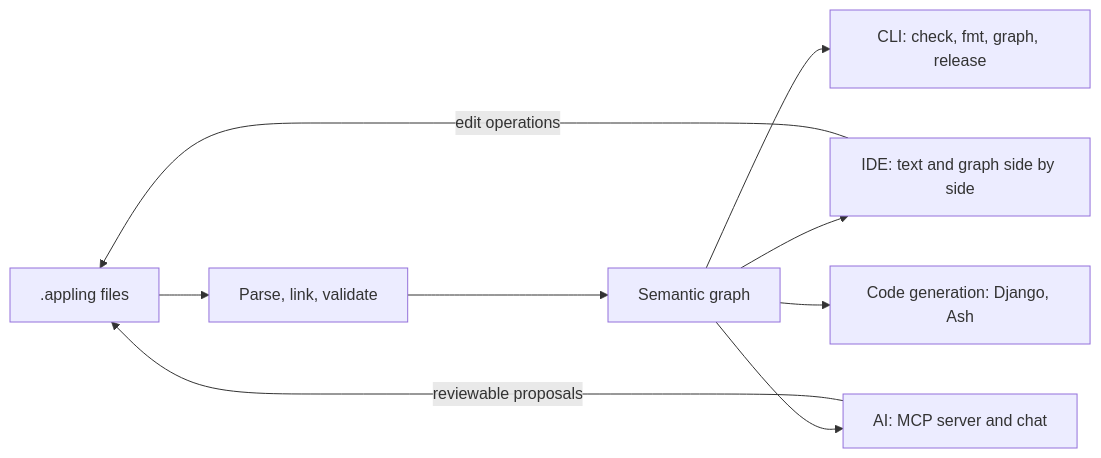
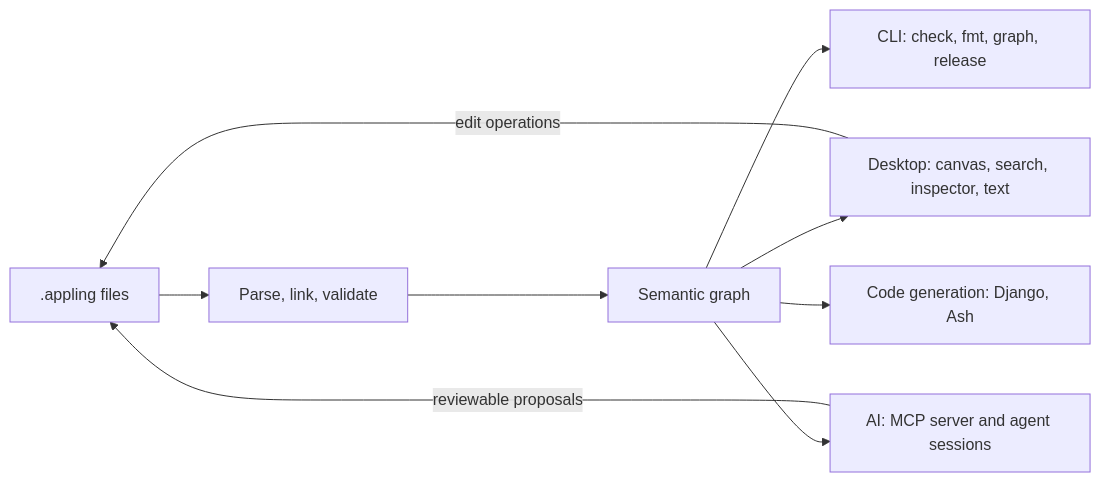
One commit to alex20465/appling changed the diagram in docs/index.md. Above: the diagram before and after it, drawn with Mermaid. The commit also changed other lines of this file and 22 other files, not shown here.

First line of the commit message:
docs: send users to Appling Desktop; the repo view, visual tools on the canvas, no IDE chat

````diff
--- a/docs/index.md
+++ b/docs/index.md
@@ -36,11 +36,11 @@
 ```mermaid
 flowchart LR
   text[".appling files"] --> lang["Parse, link, validate"]
   lang --> semantic["Semantic graph"]
   semantic --> cli["CLI: check, fmt, graph, release"]
-  semantic --> ide["IDE: text and graph side by side"]
-  semantic --> ai["AI: MCP server and chat"]
+  semantic --> ide["Desktop: canvas, search, inspector, text"]
+  semantic --> ai["AI: MCP server and agent sessions"]
   semantic --> gen["Code generation: Django, Ash"]
   ide -- "edit operations" --> text
   ai -- "reviewable proposals" --> text
 ```
````
